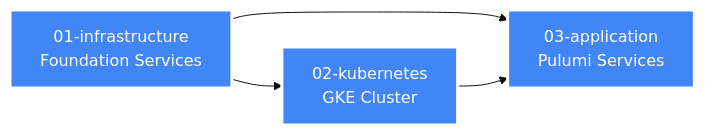
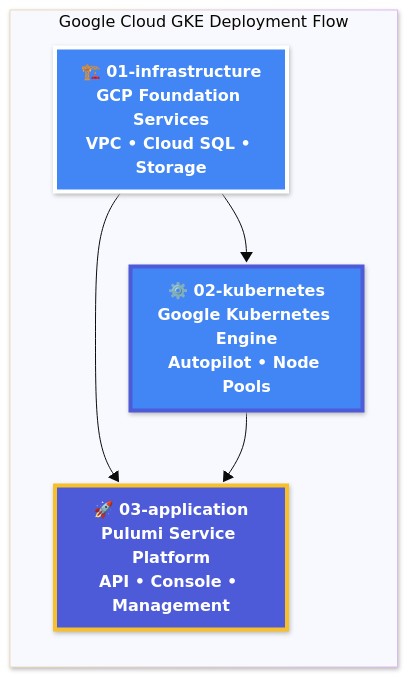
Before and after one commit to pulumi/pulumi-self-hosted-installers: the diagram in gke-hosted/diagrams/01-overview.mmd, drawn with Mermaid. The commit also changed 55 other files, not shown here.

```diff
--- a/gke-hosted/diagrams/01-overview.mmd
+++ b/gke-hosted/diagrams/01-overview.mmd
@@ -1,11 +1,19 @@
-%%{init: {'theme':'base', 'themeVariables': {'fontSize': '20px', 'fontFamily': 'Arial, sans-serif'}}}%%
+---
+config:
+  look: neo
+  theme: base
+---
 graph LR
-    classDef stage fill:#4285F4,stroke:#FFFFFF,stroke-width:3px,color:#FFFFFF,font-size:16px
+    classDef gcpInfra fill:#4285F4,stroke:#FFFFFF,stroke-width:4px,color:#FFFFFF,font-weight:bold
+    classDef gcpCompute fill:#4285F4,stroke:#4d5bd9,stroke-width:4px,color:#FFFFFF,font-weight:bold
+    classDef pulumiService fill:#4d5bd9,stroke:#f7bf2a,stroke-width:4px,color:#FFFFFF,font-weight:bold
     
-    INFRA[01-infrastructure<br/>Foundation Services]:::stage
-    K8S[02-kubernetes<br/>GKE Cluster]:::stage  
-    APP[03-application<br/>Pulumi Services]:::stage
+    subgraph FLOW["Google Cloud GKE Deployment Flow"]
+        INFRA["🏗️ 01-infrastructure<br/>GCP Foundation Services<br/>VPC • Cloud SQL • Storage"]:::gcpInfra
+        K8S["⚙️ 02-kubernetes<br/>Google Kubernetes Engine<br/>Autopilot • Node Pools"]:::gcpCompute  
+        APP["🚀 03-application<br/>Pulumi Service Platform<br/>API • Console • Management"]:::pulumiService
+    end
     
     INFRA --> K8S
     INFRA --> APP
     K8S --> APP
```
